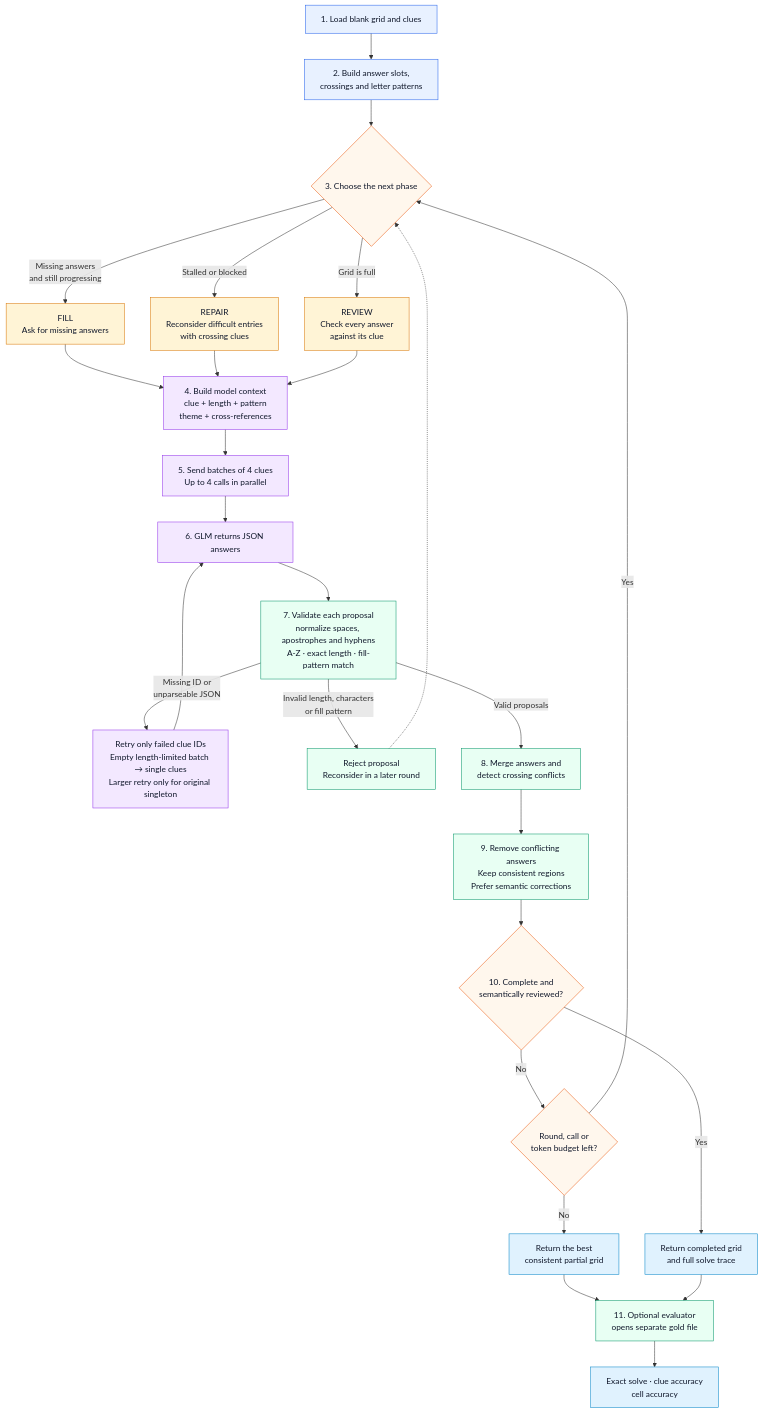
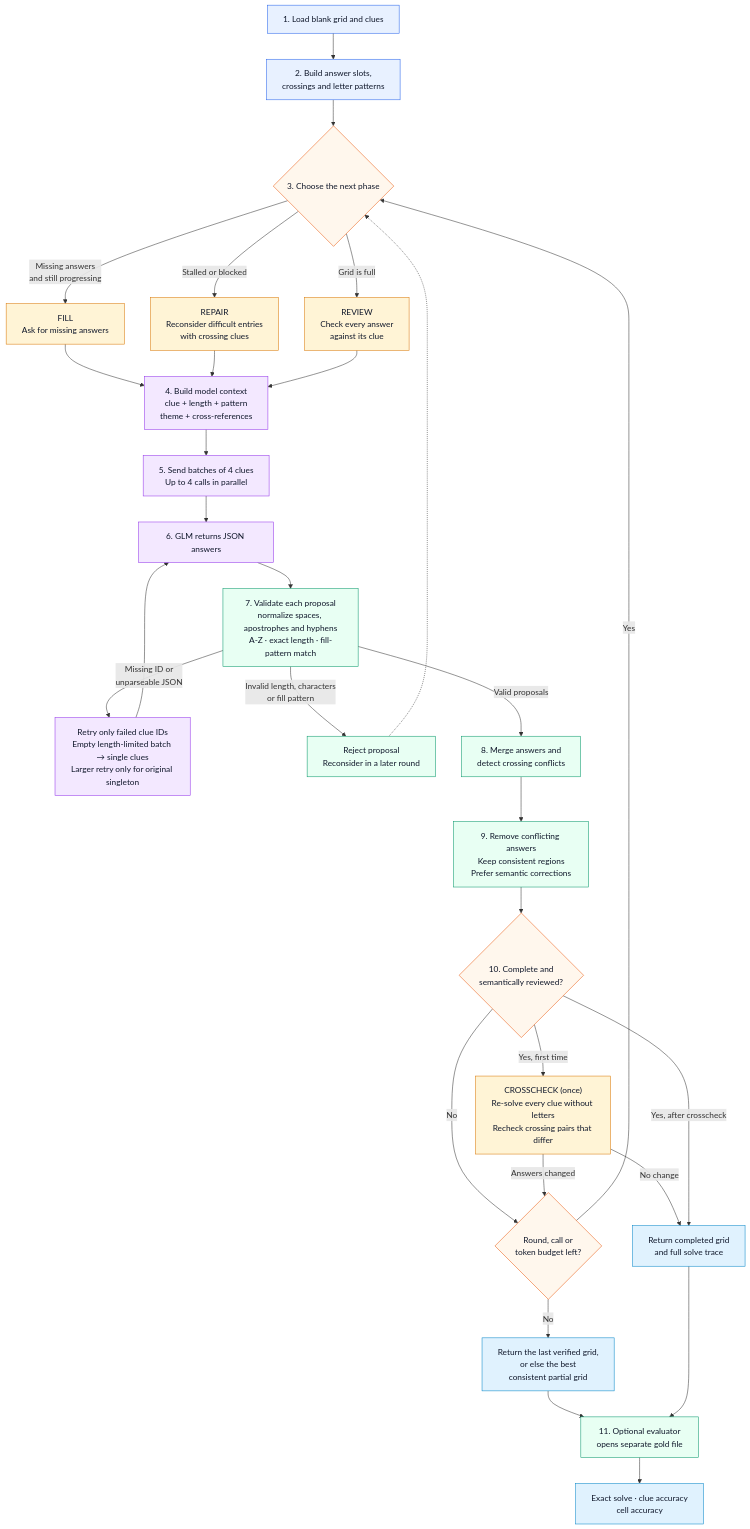
Before and after one commit to ChangYeongJeong1103/crossword-ai-agent: the first of 4 diagrams in ARCHITECTURE.md, drawn with Mermaid. The commit also changed other lines of this file and 114 other files, not shown here.

````diff
--- a/ARCHITECTURE.md
+++ b/ARCHITECTURE.md
@@ -7,49 +7,52 @@
 ```mermaid
 flowchart TD
   A["1. Load blank grid and clues"] --> B["2. Build answer slots,<br/>crossings and letter patterns"]
   B --> C{"3. Choose the next phase"}
 
   C -->|"Missing answers<br/>and still progressing"| D["FILL<br/>Ask for missing answers"]
   C -->|"Stalled or blocked"| E["REPAIR<br/>Reconsider difficult entries<br/>with crossing clues"]
   C -->|"Grid is full"| F["REVIEW<br/>Check every answer<br/>against its clue"]
 
   D --> G["4. Build model context<br/>clue + length + pattern<br/>theme + cross-references"]
   E --> G
   F --> G
 
   G --> H["5. Send batches of 4 clues<br/>Up to 4 calls in parallel"]
   H --> I["6. GLM returns JSON answers"]
   I --> J["7. Validate each proposal<br/>normalize spaces, apostrophes and hyphens<br/>A-Z · exact length · fill-pattern match"]
 
   J -->|"Missing ID or<br/>unparseable JSON"| K["Retry only failed clue IDs<br/>Empty length-limited batch → single clues<br/>Larger retry only for original singleton"]
   K --> I
 
   J -->|"Invalid length, characters<br/>or fill pattern"| T["Reject proposal<br/>Reconsider in a later round"]
   T -.-> C
   J -->|"Valid proposals"| L["8. Merge answers and<br/>detect crossing conflicts"]
   L --> M["9. Remove conflicting answers<br/>Keep consistent regions<br/>Prefer semantic corrections"]
 
   M --> N{"10. Complete and<br/>semantically reviewed?"}
   N -->|"No"| O{"Round, call or<br/>token budget left?"}
   O -->|"Yes"| C
-  O -->|"No"| P["Return the best<br/>consistent partial grid"]
-  N -->|"Yes"| Q["Return completed grid<br/>and full solve trace"]
+  O -->|"No"| P["Return the last verified grid,<br/>or else the best<br/>consistent partial grid"]
+  N -->|"Yes, first time"| X["CROSSCHECK (once)<br/>Re-solve every clue without letters<br/>Recheck crossing pairs that differ"]
+  X -->|"Answers changed"| O
+  X -->|"No change"| Q["Return completed grid<br/>and full solve trace"]
+  N -->|"Yes, after crosscheck"| Q
 
   P --> R["11. Optional evaluator<br/>opens separate gold file"]
   Q --> R
   R --> S["Exact solve · clue accuracy<br/>cell accuracy"]
 
   classDef input fill:#e8f1ff,stroke:#2563eb,color:#0f172a;
   classDef phase fill:#fff4d6,stroke:#d97706,color:#0f172a;
   classDef model fill:#f3e8ff,stroke:#9333ea,color:#0f172a;
   classDef check fill:#e8fff3,stroke:#059669,color:#0f172a;
   classDef decision fill:#fff7ed,stroke:#ea580c,color:#0f172a;
   classDef result fill:#e0f2fe,stroke:#0284c7,color:#0f172a;
 
   class A,B input;
-  class D,E,F phase;
+  class D,E,F,X phase;
   class G,H,I,K model;
   class J,L,M,R,T check;
   class C,N,O decision;
   class P,Q,S result;
 ```
````
